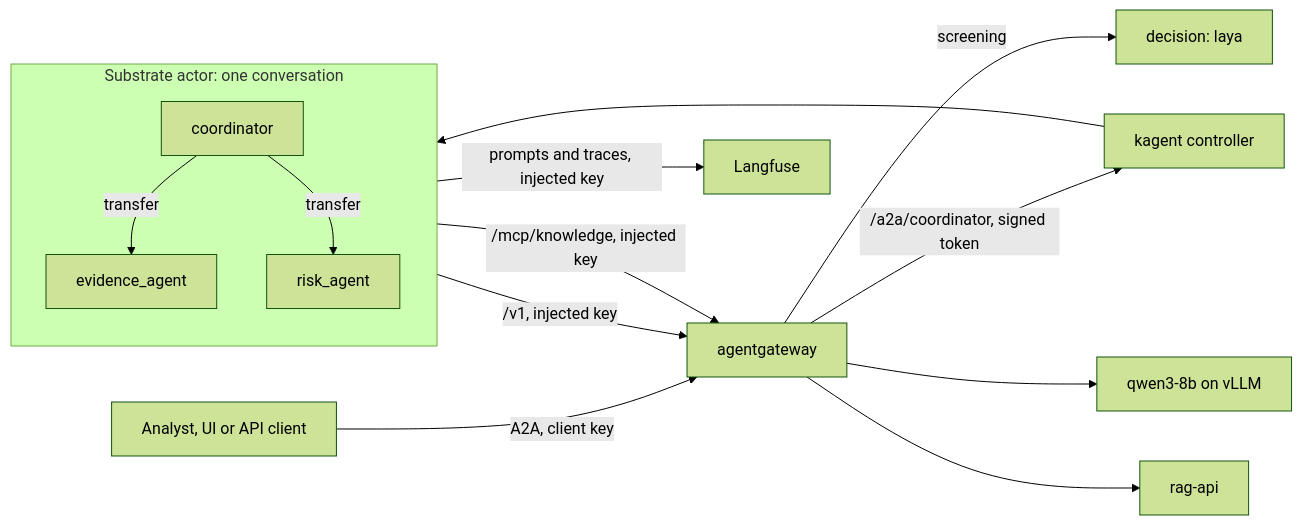
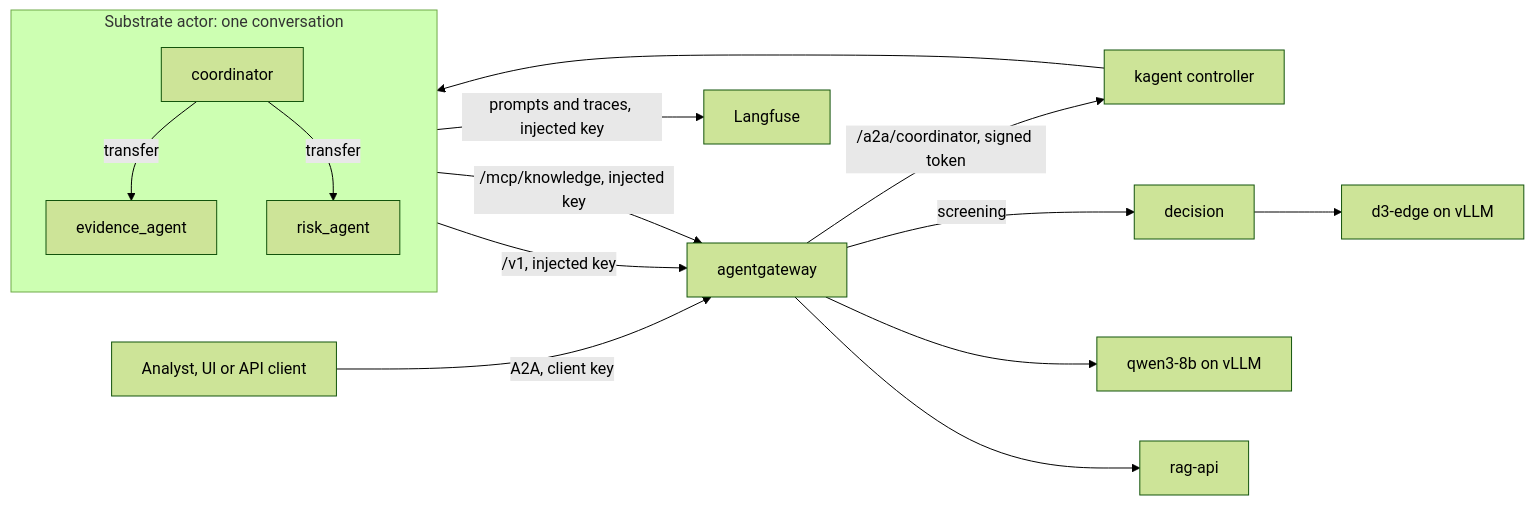
Before and after one commit to phuchoang2603/payment-gateway-fraud-detection: the diagram in docs/llm/agents.md, drawn with Mermaid (forest theme). The commit also changed 24 other files, not shown here.

First line of the commit message:
feat(llm): screen requests with d3-edge on vLLM

````diff
--- a/docs/llm/agents.md
+++ b/docs/llm/agents.md
@@ -22,16 +22,16 @@
 ```mermaid
 flowchart LR
   client[Analyst, UI or API client] -->|A2A, client key| gw[agentgateway]
   gw -->|/a2a/coordinator, signed token| ctrl[kagent controller]
   ctrl --> actor
   subgraph actor[Substrate actor: one conversation]
     coord[coordinator] -->|transfer| ev[evidence_agent]
     coord -->|transfer| risk[risk_agent]
   end
   actor -->|/v1, injected key| gw
   actor -->|/mcp/knowledge, injected key| gw
-  gw -->|screening| laya[decision: laya]
+  gw -->|screening| dec[decision] --> d3[d3-edge on vLLM]
   gw --> vllm[qwen3-8b on vLLM]
   gw --> rag[rag-api]
   actor -->|prompts and traces, injected key| lf[Langfuse]
 ```
````
